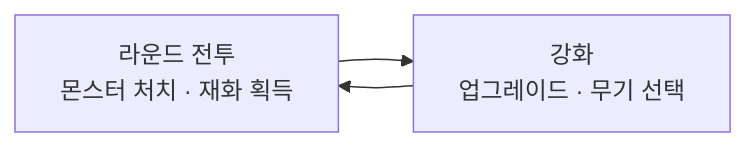
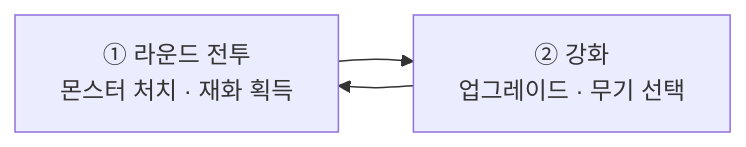
The first of 6 diagrams in src/5-hive-purge/기술문서.md (MountainHS/portfolio), drawn with Mermaid before and after one commit. The commit also changed other lines of this file and 1 other file, not shown here.

````diff
--- a/src/5-hive-purge/기술문서.md
+++ b/src/5-hive-purge/기술문서.md
@@ -43,4 +94,4 @@
 ```mermaid
 flowchart LR
-    A["라운드 전투<br/>몬스터 처치 · 재화 획득"] --> B["강화<br/>업그레이드 · 무기 선택"] --> A
+    A["① 라운드 전투<br/>몬스터 처치 · 재화 획득"] --> B["② 강화<br/>업그레이드 · 무기 선택"] --> A
 ```
````
